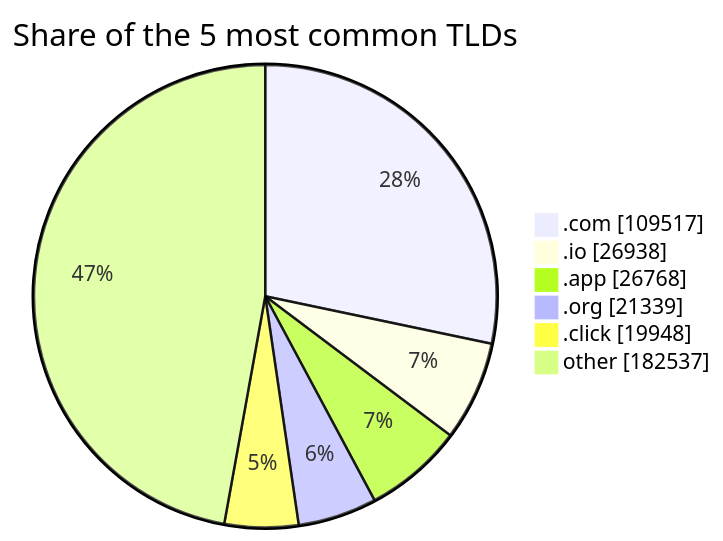
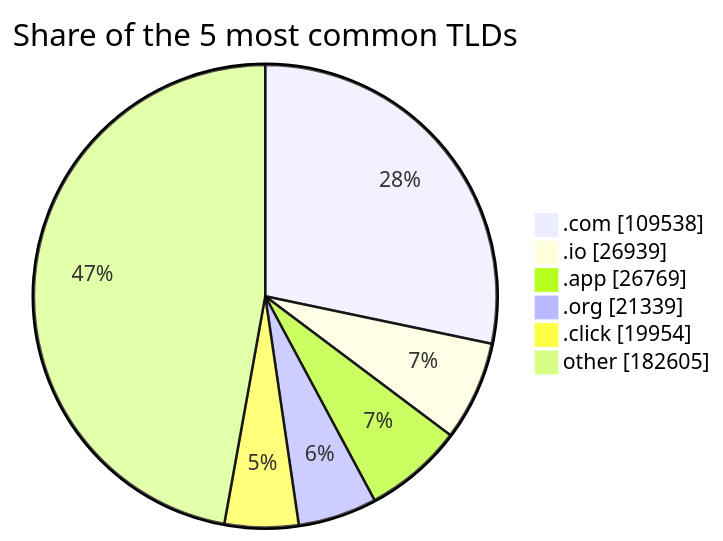
Before and after one commit to DNSBunker/CTI: the third of 3 diagrams in README.md, drawn with Mermaid. The commit also changed other lines of this file and 3 other files, not shown here.

````diff
--- a/README.md
+++ b/README.md
@@ -81,9 +81,9 @@
 ```mermaid
 pie showData title Share of the 5 most common TLDs
-    ".com" : 109517
-    ".io" : 26938
-    ".app" : 26768
+    ".com" : 109538
+    ".io" : 26939
+    ".app" : 26769
     ".org" : 21339
-    ".click" : 19948
-    "other" : 182537
+    ".click" : 19954
+    "other" : 182605
 ```
````
